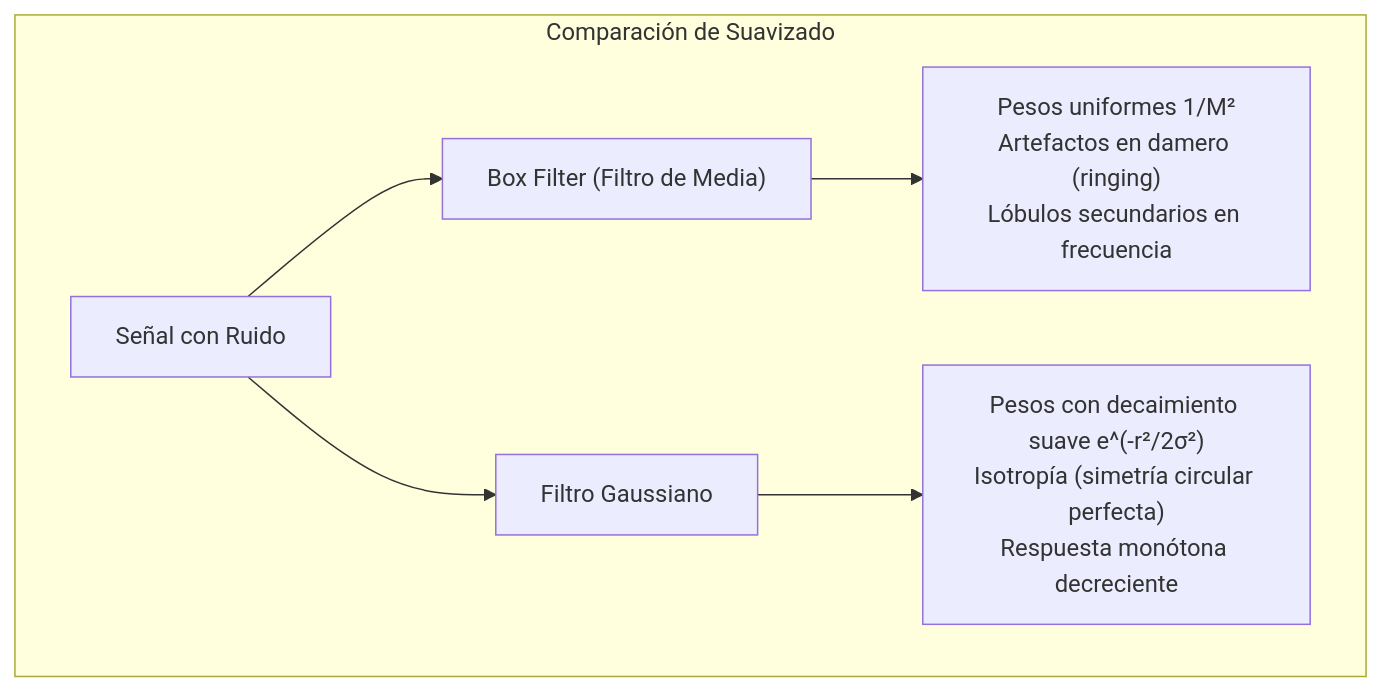
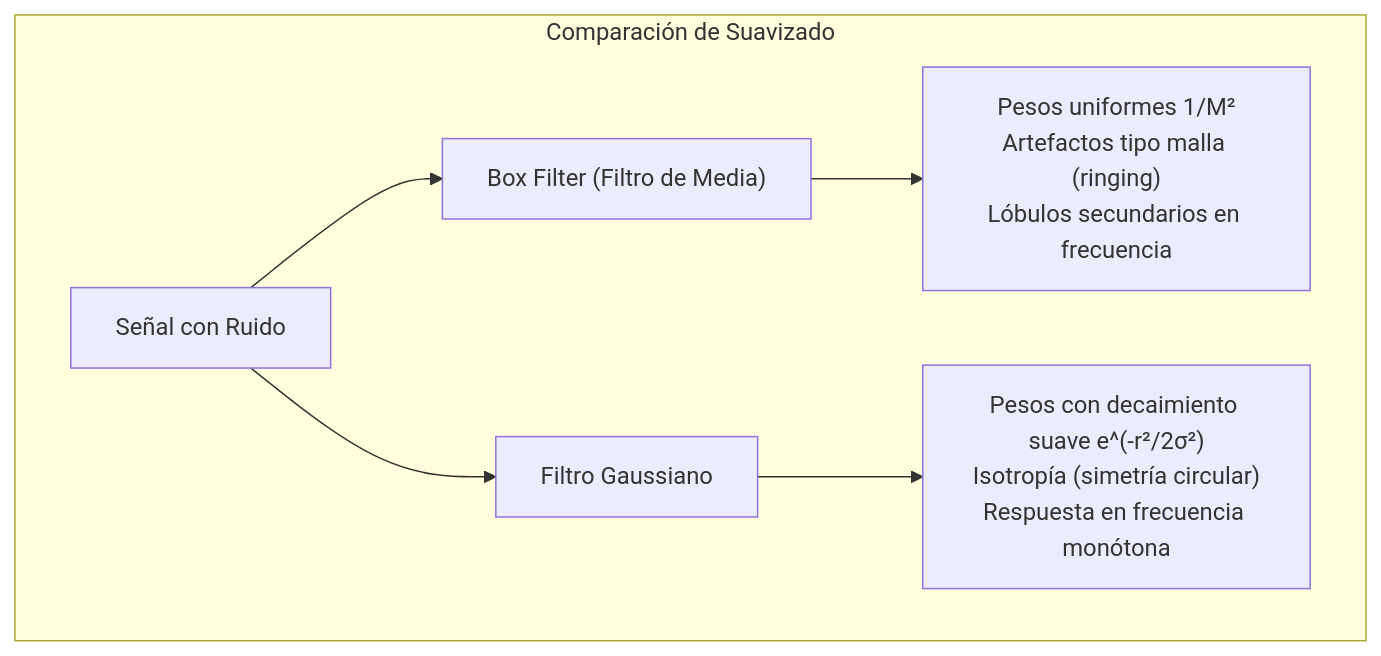
One commit to DanielChicoUGR/VC_APUNTES changed the first of 5 diagrams in Tema 2/2. Gaussianas y Bordes.md. Above: the diagram before and after it, drawn with Mermaid. The commit also changed other lines of this file and 10 other files, not shown here.

````diff
--- a/Tema 2/2. Gaussianas y Bordes.md
+++ b/Tema 2/2. Gaussianas y Bordes.md
@@ -11,9 +14,9 @@
 ```mermaid
 flowchart TD
     subgraph Comparación de Suavizado
         A["Señal con Ruido"] --> B["Box Filter (Filtro de Media)"]
         A --> C["Filtro Gaussiano"]
-        B --> B1["Pesos uniformes 1/M²<br>Artefactos en damero (ringing)<br>Lóbulos secundarios en frecuencia"]
-        C --> C1["Pesos con decaimiento suave e^(-r²/2σ²)<br>Isotropía (simetría circular perfecta)<br>Respuesta monótona decreciente"]
+        B --> B1["Pesos uniformes 1/M²<br>Artefactos tipo malla (ringing)<br>Lóbulos secundarios en frecuencia"]
+        C --> C1["Pesos con decaimiento suave e^(-r²/2σ²)<br>Isotropía (simetría circular)<br>Respuesta en frecuencia monótona"]
     end
 ```
````
